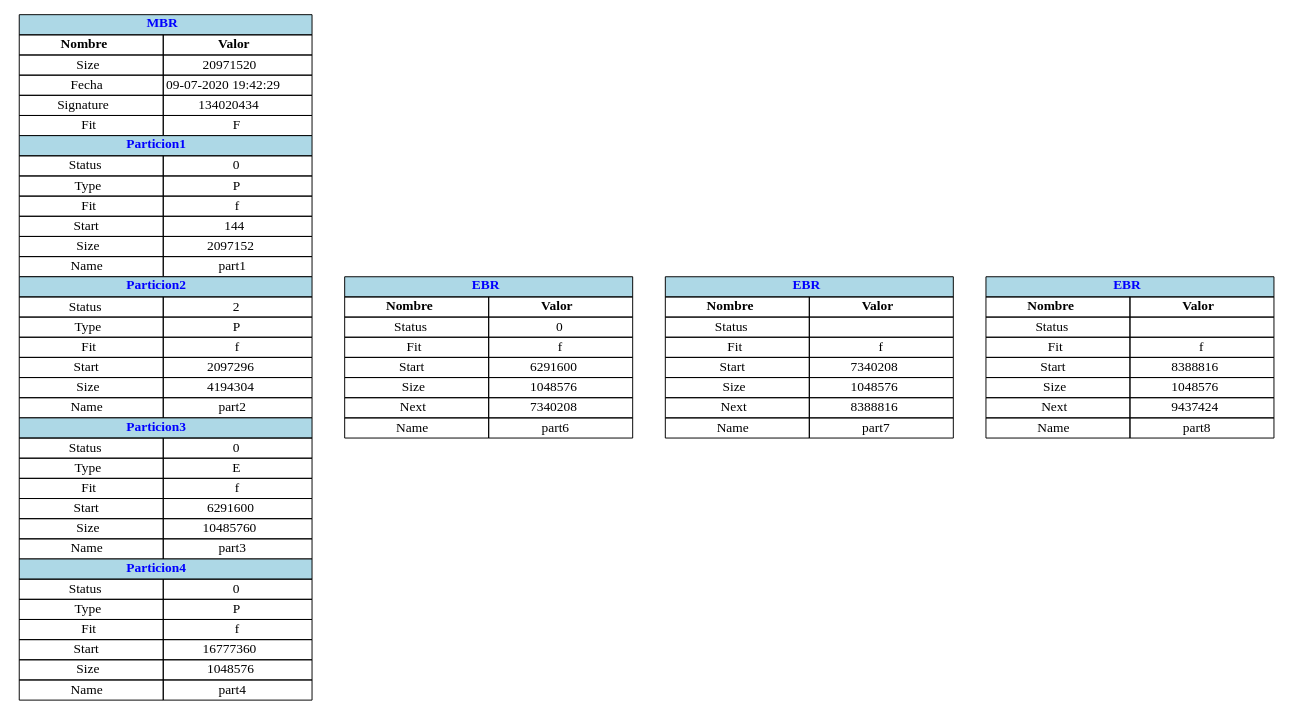
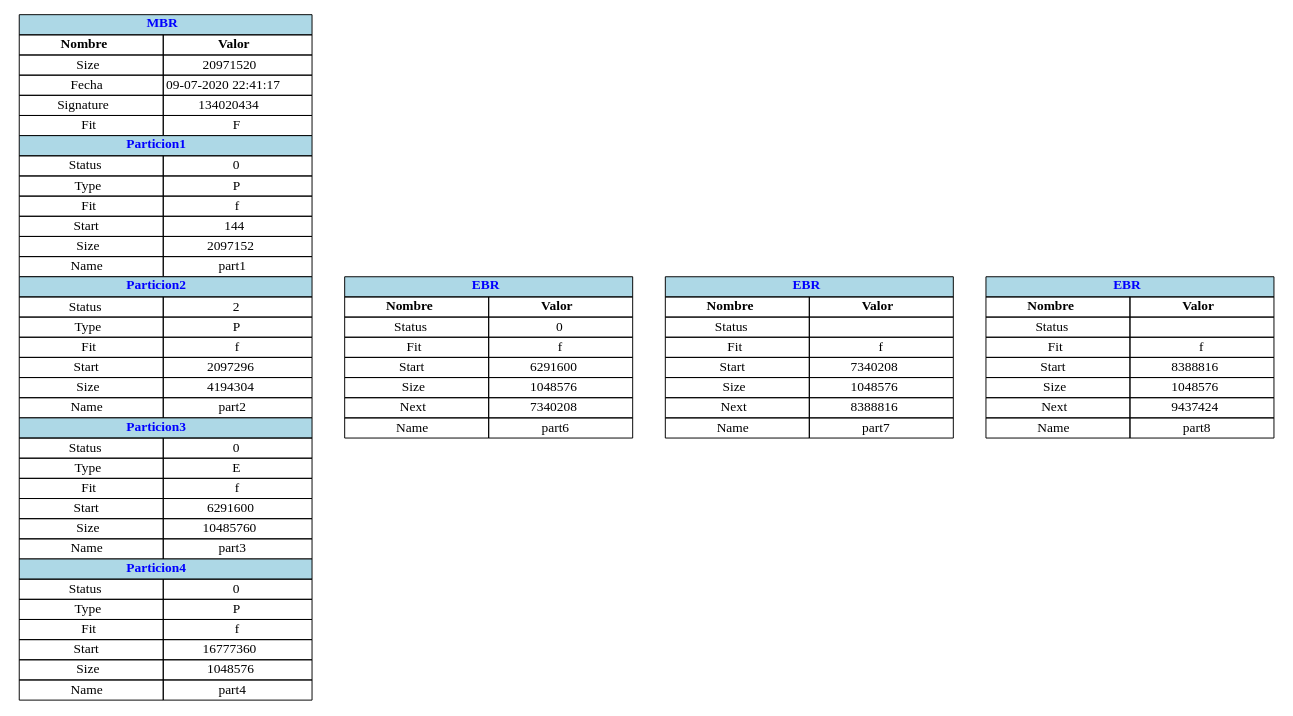
One commit to xJosee/SistemaArchivos changed the diagram in Reportes/graficaEBR.dot. Above: the diagram before and after it, drawn with Graphviz. The commit also changed 8 other files, not shown here.

```diff
--- a/Reportes/graficaEBR.dot
+++ b/Reportes/graficaEBR.dot
@@ -1,80 +1,80 @@
 digraph G{ 
 node [shape=plaintext]
 tbl[
 label=<
 <table border='0' cellborder='1' cellspacing='0' width='300'  height='200' >
  <tr ><td colspan='2' bgcolor= 'lightblue' ><b><font color='blue'>MBR</font></b></td></tr><tr>  <td width='150'> <b>Nombre</b> </td> <td width='150'> <b>Valor</b> </td>  </tr>
 <tr>  <td>Size</td><td>20971520</td>  </tr>
-<tr>  <td>Fecha</td> <td>09-07-2020 19:42:29</td>  </tr>
+<tr>  <td>Fecha</td> <td>09-07-2020 22:41:17</td>  </tr>
 <tr>  <td>Signature</td> <td>134020434</td>  </tr>
 <tr>  <td>Fit</td> <td>F</td>  </tr>
 <tr ><td colspan='2' bgcolor= 'lightblue' ><b><font color='blue'>Particion1</font></b></td></tr>
 <tr>  <td>Status</td> <td>0</td>  </tr>
 <tr>  <td>Type</td> <td>P</td>  </tr>
 <tr>  <td>Fit</td> <td>f</td>  </tr>
 <tr>  <td>Start</td> <td>144</td>  </tr>
 <tr>  <td>Size</td> <td>2097152</td>  </tr>
 <tr>  <td>Name</td> <td>part1</td>  </tr>
 <tr ><td colspan='2' bgcolor= 'lightblue' ><b><font color='blue'>Particion2</font></b></td></tr>
 <tr>  <td>Status</td> <td>2</td>  </tr>
 <tr>  <td>Type</td> <td>P</td>  </tr>
 <tr>  <td>Fit</td> <td>f</td>  </tr>
 <tr>  <td>Start</td> <td>2097296</td>  </tr>
 <tr>  <td>Size</td> <td>4194304</td>  </tr>
 <tr>  <td>Name</td> <td>part2</td>  </tr>
 <tr ><td colspan='2' bgcolor= 'lightblue' ><b><font color='blue'>Particion3</font></b></td></tr>
 <tr>  <td>Status</td> <td>0</td>  </tr>
 <tr>  <td>Type</td> <td>E</td>  </tr>
 <tr>  <td>Fit</td> <td>f</td>  </tr>
 <tr>  <td>Start</td> <td>6291600</td>  </tr>
 <tr>  <td>Size</td> <td>10485760</td>  </tr>
 <tr>  <td>Name</td> <td>part3</td>  </tr>
 <tr ><td colspan='2' bgcolor= 'lightblue' ><b><font color='blue'>Particion4</font></b></td></tr>
 <tr>  <td>Status</td> <td>0</td>  </tr>
 <tr>  <td>Type</td> <td>P</td>  </tr>
 <tr>  <td>Fit</td> <td>f</td>  </tr>
 <tr>  <td>Start</td> <td>16777360</td>  </tr>
 <tr>  <td>Size</td> <td>1048576</td>  </tr>
 <tr>  <td>Name</td> <td>part4</td>  </tr>
 </table>
 >];
 
 tbl_1[
 label=<
  <table border='0' cellborder='1' cellspacing='0'  width='300' height='160' >
  <tr ><td colspan='2' bgcolor= 'lightblue' ><b><font color='blue'>EBR</font></b></td></tr><tr ><td width='150'><b>Nombre</b></td> <td width='150'><b>Valor</b></td>  </tr>
 <tr>  <td>Status</td> <td>0</td>  </tr>
 <tr>  <td>Fit</td> <td>f</td>  </tr>
 <tr>  <td>Start</td> <td>6291600</td>  </tr>
 <tr>  <td>Size</td> <td>1048576</td>  </tr>
 <tr>  <td>Next</td> <td>7340208</td>  </tr>
 <tr>  <td>Name</td> <td>part6</td>  </tr>
 </table>
 >];
 
 tbl_2[
 label=<
  <table border='0' cellborder='1' cellspacing='0'  width='300' height='160' >
  <tr ><td colspan='2' bgcolor= 'lightblue' ><b><font color='blue'>EBR</font></b></td></tr><tr ><td width='150'><b>Nombre</b></td> <td width='150'><b>Valor</b></td>  </tr>
 <tr>  <td>Status</td> <td></td>  </tr>
 <tr>  <td>Fit</td> <td>f</td>  </tr>
 <tr>  <td>Start</td> <td>7340208</td>  </tr>
 <tr>  <td>Size</td> <td>1048576</td>  </tr>
 <tr>  <td>Next</td> <td>8388816</td>  </tr>
 <tr>  <td>Name</td> <td>part7</td>  </tr>
 </table>
 >];
 
 tbl_3[
 label=<
  <table border='0' cellborder='1' cellspacing='0'  width='300' height='160' >
  <tr ><td colspan='2' bgcolor= 'lightblue' ><b><font color='blue'>EBR</font></b></td></tr><tr ><td width='150'><b>Nombre</b></td> <td width='150'><b>Valor</b></td>  </tr>
 <tr>  <td>Status</td> <td></td>  </tr>
 <tr>  <td>Fit</td> <td>f</td>  </tr>
 <tr>  <td>Start</td> <td>8388816</td>  </tr>
 <tr>  <td>Size</td> <td>1048576</td>  </tr>
 <tr>  <td>Next</td> <td>9437424</td>  </tr>
 <tr>  <td>Name</td> <td>part8</td>  </tr>
 </table>
 >];
 }
```
